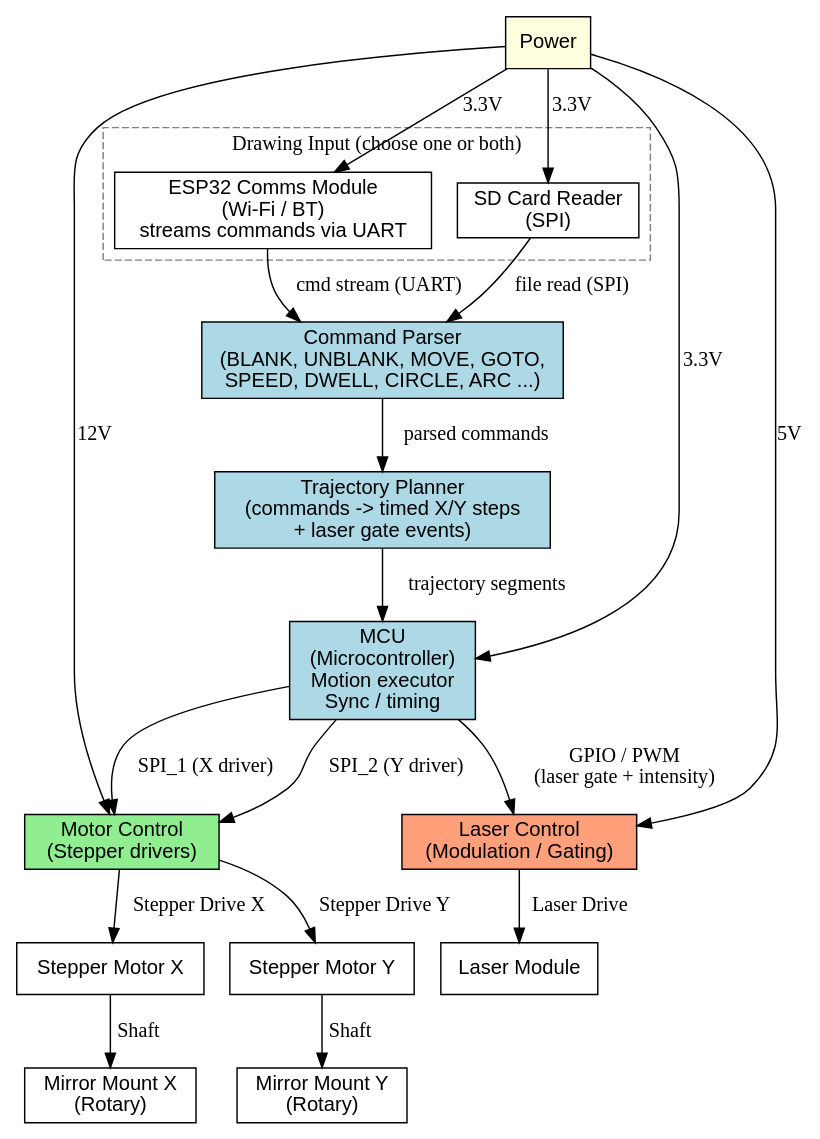
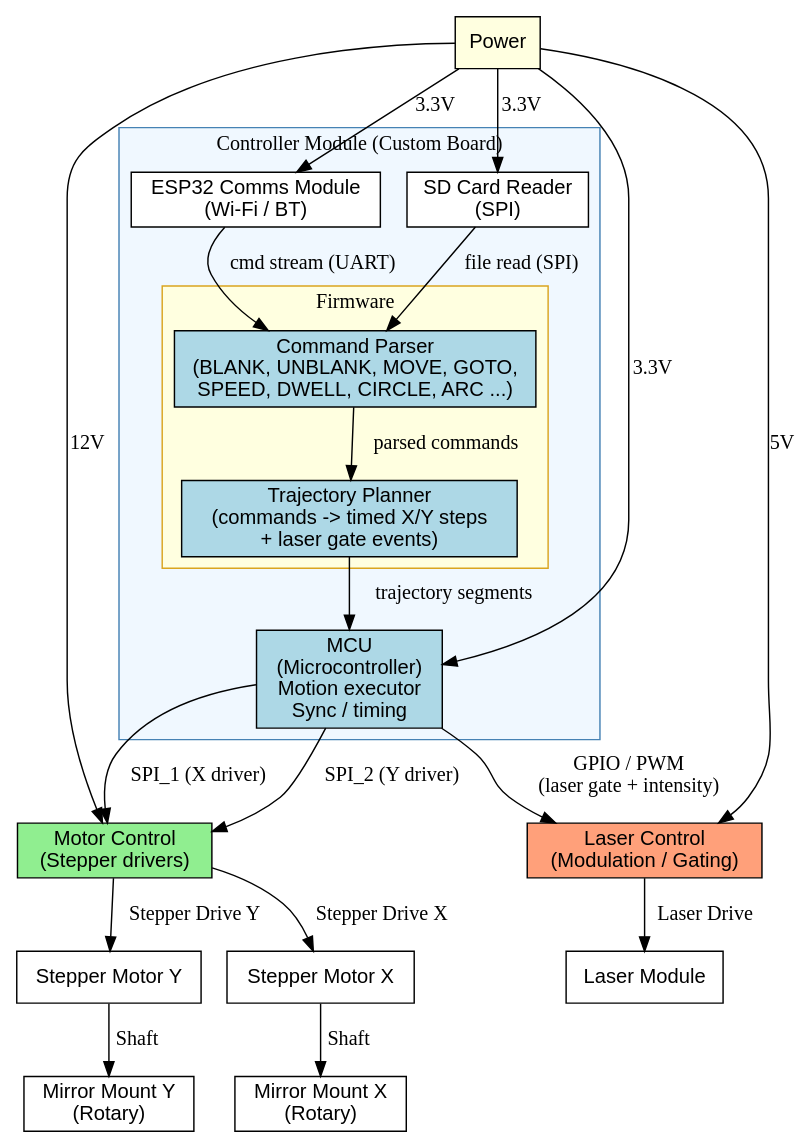
Before and after one commit to SteveMayze/Laser-Projector: the diagram in docs/design/block-diagram.dot, drawn with Graphviz.

Commit message:
Updated block diagram in docs/design/block-diagram.dot

```diff
--- a/docs/design/block-diagram.dot
+++ b/docs/design/block-diagram.dot
@@ -1,57 +1,67 @@
 digraph BlockDiagram {
     rankdir=TB;
     node [shape=box, style=filled, fillcolor=lightgrey, fontname="Helvetica"];
 
     // ── Power ──────────────────────────────────────────────────────────────
     Power [label="Power", fillcolor=lightyellow];
 
-    // ── Input Sources (choose one or both) ────────────────────────────────
-    subgraph cluster_input {
-        label="Drawing Input (choose one or both)";
-        style=dashed;
-        color=grey;
+    // ── Controller Module (Custom Board) ───────────────────────────────────
+    subgraph cluster_controller_module {
+        label="Controller Module (Custom Board)";
+        style=filled;
+        fillcolor=aliceblue;
+        color=steelblue;
+
+        // Hardware components on the board
         SDCardReader [label="SD Card Reader\n(SPI)", fillcolor=white];
-        ESP32        [label="ESP32 Comms Module\n(Wi-Fi / BT)\nstreams commands via UART", fillcolor=white];
+        ESP32        [label="ESP32 Comms Module\n(Wi-Fi / BT)", fillcolor=white];
+        MCU          [label="MCU\n(Microcontroller)\nMotion executor\nSync / timing", fillcolor=lightblue];
+
+        // Firmware constructs running on the MCU
+        subgraph cluster_firmware {
+            label="Firmware";
+            style=filled;
+            fillcolor=lightyellow;
+            color=goldenrod;
+
+            CommandParser     [label="Command Parser\n(BLANK, UNBLANK, MOVE, GOTO,\nSPEED, DWELL, CIRCLE, ARC ...)", fillcolor=lightblue];
+            TrajectoryPlanner [label="Trajectory Planner\n(commands -> timed X/Y steps\n+ laser gate events)", fillcolor=lightblue];
+        }
     }
-
-    // ── Firmware pipeline (runs on MCU) ───────────────────────────────────
-    CommandParser     [label="Command Parser\n(BLANK, UNBLANK, MOVE, GOTO,\nSPEED, DWELL, CIRCLE, ARC ...)", fillcolor=lightblue];
-    TrajectoryPlanner [label="Trajectory Planner\n(commands -> timed X/Y steps\n+ laser gate events)", fillcolor=lightblue];
-    MCU               [label="MCU\n(Microcontroller)\nMotion executor\nSync / timing", fillcolor=lightblue];
 
     // ── Control blocks ─────────────────────────────────────────────────────
     MotorControl [label="Motor Control\n(Stepper drivers)", fillcolor=lightgreen];
     LaserControl [label="Laser Control\n(Modulation / Gating)", fillcolor=lightsalmon];
 
     // ── Actuators ──────────────────────────────────────────────────────────
     StepperX     [label="Stepper Motor X", fillcolor=white];
     StepperY     [label="Stepper Motor Y", fillcolor=white];
     MirrorMountX [label="Mirror Mount X\n(Rotary)", fillcolor=white];
     MirrorMountY [label="Mirror Mount Y\n(Rotary)", fillcolor=white];
     LaserModule  [label="Laser Module", fillcolor=white];
 
     // ── Power distribution ────────────────────────────────────────────────
     Power -> MCU          [label="3.3V"];
     Power -> LaserControl [label="5V"];
     Power -> MotorControl [label="12V"];
     Power -> SDCardReader [label="3.3V"];
     Power -> ESP32        [label="3.3V"];
 
-    // ── Data path: input -> parse -> plan -> execute ───────────────────────
+    // ── Data path: input -> parse -> plan -> execute ──────────────────────
     SDCardReader      -> CommandParser     [label="file read (SPI)"];
     ESP32             -> CommandParser     [label="cmd stream (UART)"];
     CommandParser     -> TrajectoryPlanner [label="parsed commands"];
     TrajectoryPlanner -> MCU               [label="trajectory segments"];
 
     // ── MCU -> control blocks ─────────────────────────────────────────────
     MCU -> MotorControl [label="SPI_1 (X driver)"];
     MCU -> MotorControl [label="SPI_2 (Y driver)"];
     MCU -> LaserControl [label="GPIO / PWM\n(laser gate + intensity)"];
 
     // ── Actuator connections ───────────────────────────────────────────────
     MotorControl -> StepperX     [label="Stepper Drive X"];
     MotorControl -> StepperY     [label="Stepper Drive Y"];
     StepperX     -> MirrorMountX [label="Shaft"];
     StepperY     -> MirrorMountY [label="Shaft"];
     LaserControl -> LaserModule  [label="Laser Drive"];
 }
```
